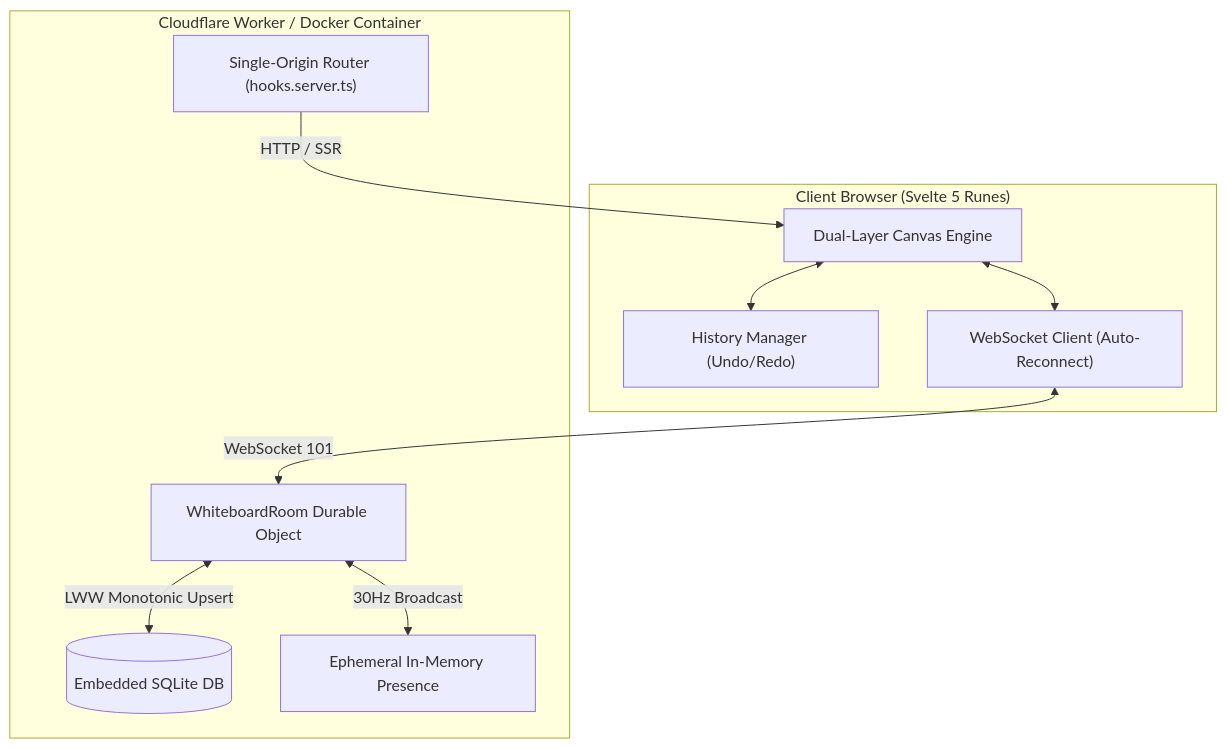
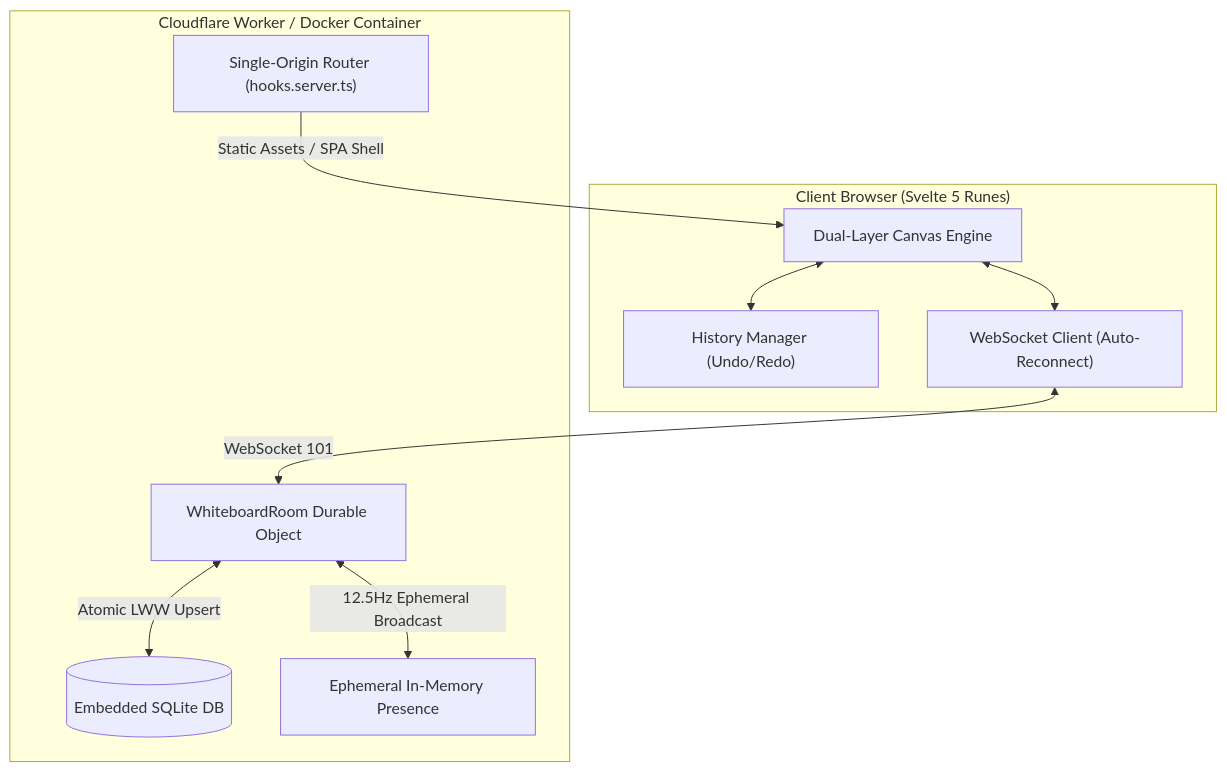
Before and after one commit to VUXXE/Mesh: the diagram in README.md, drawn with Mermaid. The commit also changed other lines of this file, not shown here.

````diff
--- a/README.md
+++ b/README.md
@@ -106,22 +110,22 @@
 ```mermaid
 flowchart TD
     subgraph Client["Client Browser (Svelte 5 Runes)"]
         UI["Dual-Layer Canvas Engine"]
         Hist["History Manager (Undo/Redo)"]
         Socket["WebSocket Client (Auto-Reconnect)"]
         UI <--> Socket
         UI <--> Hist
     end
 
     subgraph Edge["Cloudflare Worker / Docker Container"]
         Origin["Single-Origin Router (hooks.server.ts)"]
         DO["WhiteboardRoom Durable Object"]
         SQLite[("Embedded SQLite DB")]
         MemStore["Ephemeral In-Memory Presence"]
 
-        Origin -->|HTTP / SSR| UI
+        Origin -->|Static Assets / SPA Shell| UI
         Socket <-->|WebSocket 101| DO
-        DO <-->|LWW Monotonic Upsert| SQLite
-        DO <-->|30Hz Broadcast| MemStore
+        DO <-->|Atomic LWW Upsert| SQLite
+        DO <-->|12.5Hz Ephemeral Broadcast| MemStore
     end
 ```
````
